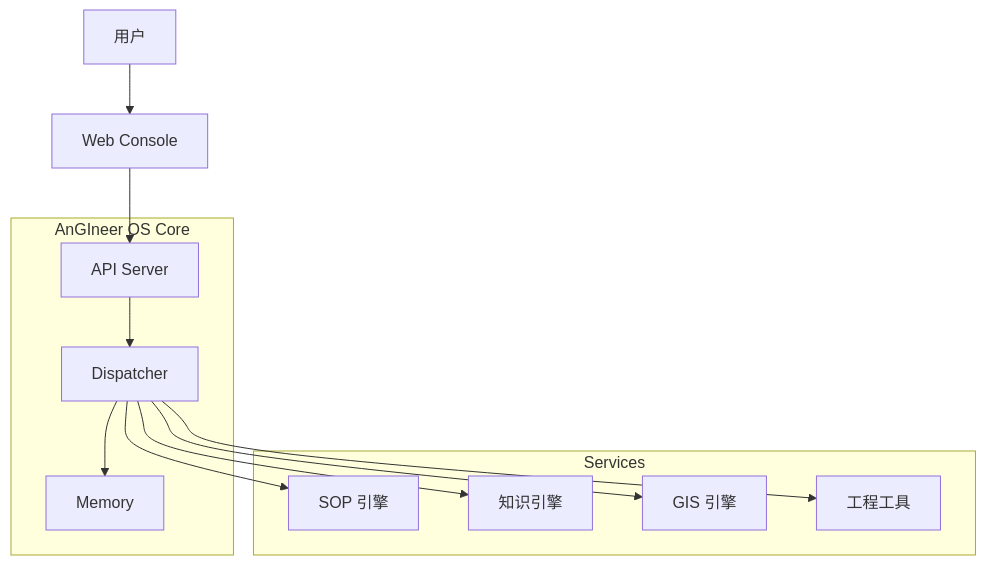
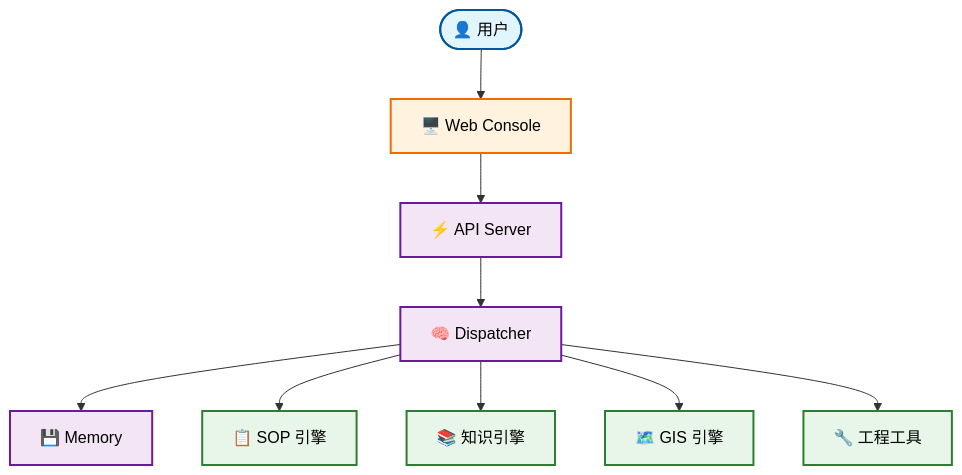
The first of 6 diagrams in README.md (0mao0/AnGIneer), drawn with Mermaid before and after one commit. The commit also changed other lines of this file and 2 other files, not shown here.

````diff
--- a/README.md
+++ b/README.md
@@ -21,17 +21,22 @@
 ```mermaid
 flowchart TD
-    U["用户"] --> W["Web Console"]
-    W --> A["API Server"]
+    %% 样式定义
+    classDef user fill:#e1f5fe,stroke:#01579b,stroke-width:2px,color:#000
+    classDef frontend fill:#fff3e0,stroke:#ef6c00,stroke-width:2px,color:#000
+    classDef core fill:#f3e5f5,stroke:#6a1b9a,stroke-width:2px,color:#000
+    classDef service fill:#e8f5e9,stroke:#2e7d32,stroke-width:2px,color:#000
     
-    subgraph Core["AnGIneer OS Core"]
-        A --> D["Dispatcher"]
-        D --> M["Memory"]
-    end
+    U(["👤 用户"]) --> W["🖥️ Web Console"]
+    W --> A["⚡ API Server"]
+    A --> D["🧠 Dispatcher"]
+    D --> M["💾 Memory"]
+    D --> S["📋 SOP 引擎"]
+    D --> Doc["📚 知识引擎"]
+    D --> G["🗺️ GIS 引擎"]
+    D --> E["🔧 工程工具"]
     
-    subgraph Services["Services"]
-        D --> S["SOP 引擎"]
-        D --> Doc["知识引擎"]
-        D --> G["GIS 引擎"]
-        D --> E["工程工具"]
-    end
+    class U user
+    class W frontend
+    class A,D,M core
+    class S,Doc,G,E service
 ```
````
